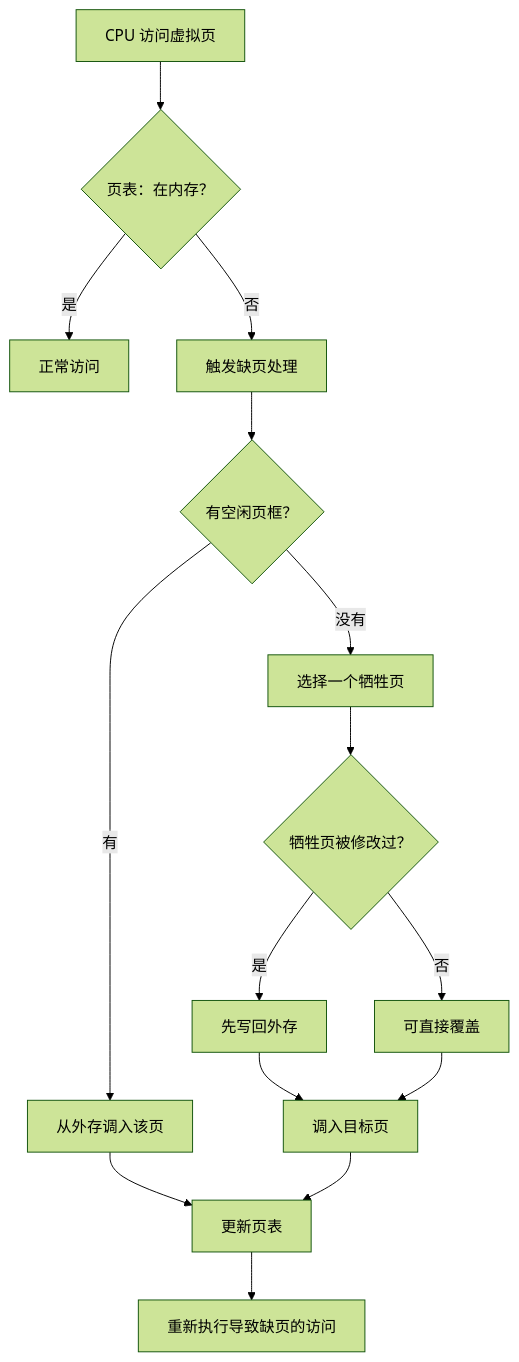
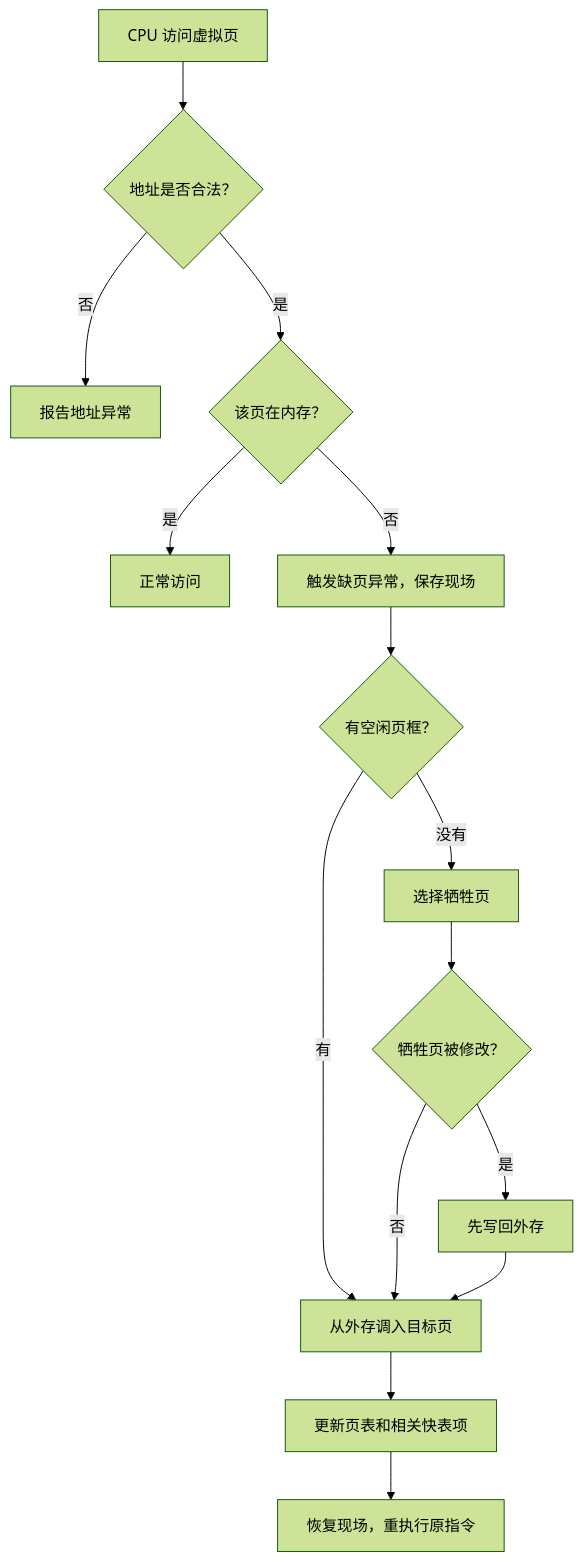
One commit to 74262195/system-architect-notes changed the diagram in 01_综合知识/01_计算机系统基础知识/02_操作系统/缺页处理过程.md. Above: the diagram before and after it, drawn with Mermaid (forest theme). The commit also changed other lines of this file and 16 other files, not shown here.

````diff
--- a/01_综合知识/01_计算机系统基础知识/02_操作系统/缺页处理过程.md
+++ b/01_综合知识/01_计算机系统基础知识/02_操作系统/缺页处理过程.md
@@ -34,17 +32,17 @@
 ```mermaid
 flowchart TD
-    A["CPU 访问虚拟页"] --> B{"页表：在内存？"}
-    B -->|是| C["正常访问"]
-    B -->|否| D["触发缺页处理"]
-    D --> E{"有空闲页框？"}
-    E -->|有| F["从外存调入该页"]
-    E -->|没有| G["选择一个牺牲页"]
-    G --> H{"牺牲页被修改过？"}
-    H -->|是| I["先写回外存"]
-    H -->|否| J["可直接覆盖"]
-    I --> K["调入目标页"]
-    J --> K
-    F --> L["更新页表"]
-    K --> L
-    L --> M["重新执行导致缺页的访问"]
+    A["CPU 访问虚拟页"] --> B{"地址是否合法？"}
+    B -->|否| C["报告地址异常"]
+    B -->|是| D{"该页在内存？"}
+    D -->|是| E["正常访问"]
+    D -->|否| F["触发缺页异常，保存现场"]
+    F --> G{"有空闲页框？"}
+    G -->|有| H["从外存调入目标页"]
+    G -->|没有| I["选择牺牲页"]
+    I --> J{"牺牲页被修改？"}
+    J -->|是| K["先写回外存"]
+    J -->|否| H
+    K --> H
+    H --> L["更新页表和相关快表项"]
+    L --> M["恢复现场，重执行原指令"]
 ```
````
